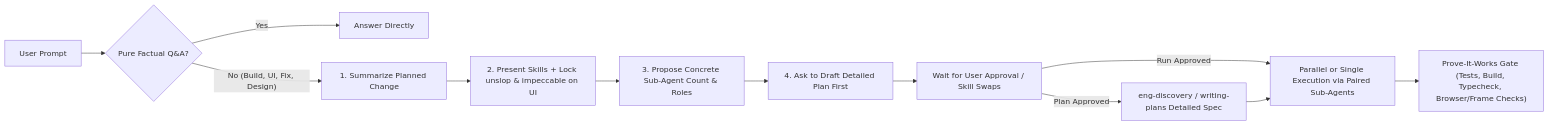
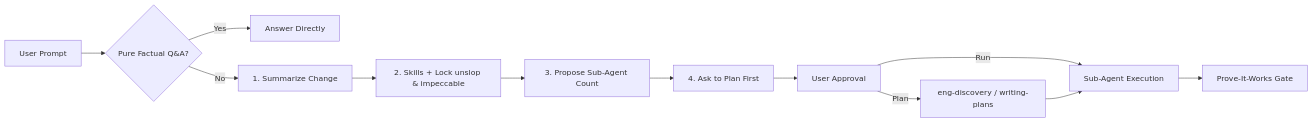
One commit to itsjamiedev/Antigravity-Engineer changed the first of 3 diagrams in README.md. Above: the diagram before and after it, drawn with Mermaid. The commit also changed other lines of this file and 4 other files, not shown here.

````diff
--- a/README.md
+++ b/README.md
@@ -117,14 +111,14 @@
 ```mermaid
 flowchart LR
   P["User Prompt"] --> Q{"Pure Factual Q&A?"}
   Q -- "Yes" --> A["Answer Directly"]
-  Q -- "No (Build, UI, Fix, Design)" --> G1["1. Summarize Planned Change"]
-  G1 --> G2["2. Present Skills + Lock unslop & impeccable on UI"]
-  G2 --> G3["3. Propose Concrete Sub-Agent Count & Roles"]
-  G3 --> G4["4. Ask to Draft Detailed Plan First"]
-  G4 --> U["Wait for User Approval / Skill Swaps"]
-  U -- "Plan Approved" --> PL["eng-discovery / writing-plans Detailed Spec"]
-  U -- "Run Approved" --> EX["Parallel or Single Execution via Paired Sub-Agents"]
+  Q -- "No" --> G1["1. Summarize Change"]
+  G1 --> G2["2. Skills + Lock unslop & impeccable"]
+  G2 --> G3["3. Propose Sub-Agent Count"]
+  G3 --> G4["4. Ask to Plan First"]
+  G4 --> U["User Approval"]
+  U -- "Plan" --> PL["eng-discovery / writing-plans"]
+  U -- "Run" --> EX["Sub-Agent Execution"]
   PL --> EX
-  EX --> VW["Prove-It-Works Gate (Tests, Build, Typecheck, Browser/Frame Checks)"]
+  EX --> VW["Prove-It-Works Gate"]
 ```
````
